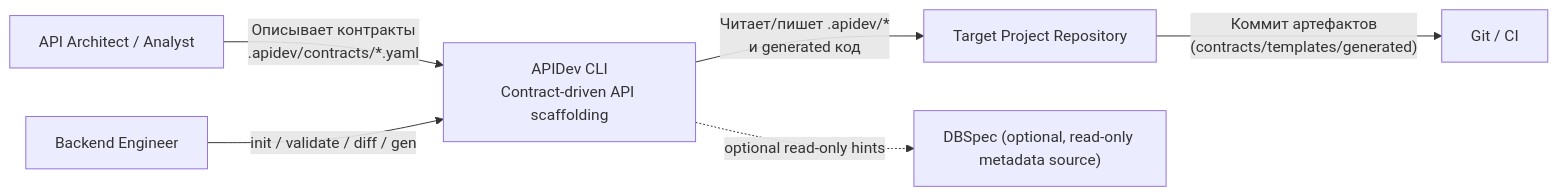
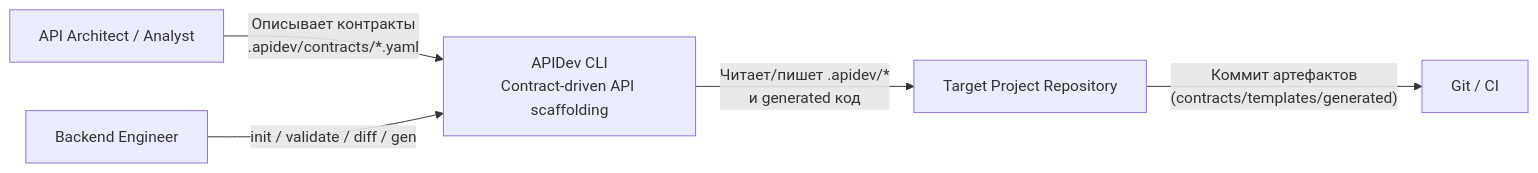
One commit to alexey-gladilin/apidev changed the diagram in docs/architecture/c4-context.md. Above: the diagram before and after it, drawn with Mermaid. The commit also changed other lines of this file and 23 other files, not shown here.

First line of the commit message:
refactor: Remove optional DBSpec integration references and streamline documentation

````diff
--- a/docs/architecture/c4-context.md
+++ b/docs/architecture/c4-context.md
@@ -9,17 +9,15 @@
 ```mermaid
 flowchart LR
     Architect["API Architect / Analyst"]
     Engineer["Backend Engineer"]
     Repo["Target Project Repository"]
     Git["Git / CI"]
-    DBSpec["DBSpec (optional, read-only metadata source)"]
 
     APIDev["APIDev CLI\nContract-driven API scaffolding"]
 
     Architect -->|"Описывает контракты\n.apidev/contracts/*.yaml"| APIDev
     Engineer -->|"init / validate / diff / gen"| APIDev
 
     APIDev -->|"Читает/пишет .apidev/*\nи generated код"| Repo
     Repo -->|"Коммит артефактов\n(contracts/templates/generated)"| Git
-    APIDev -. optional read-only hints .-> DBSpec
 ```
````
